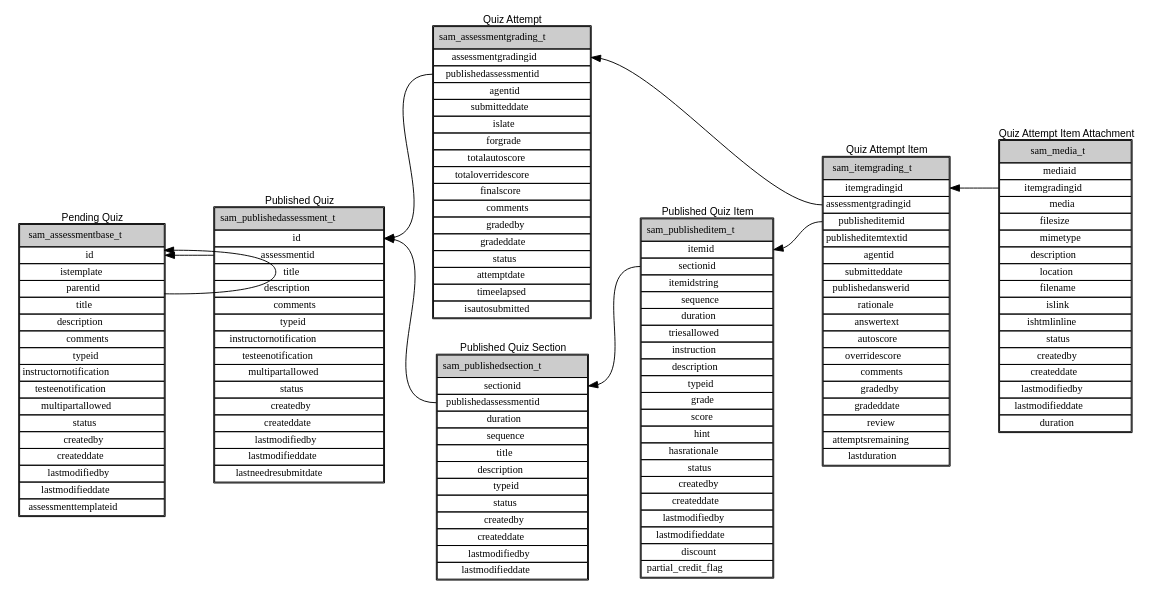
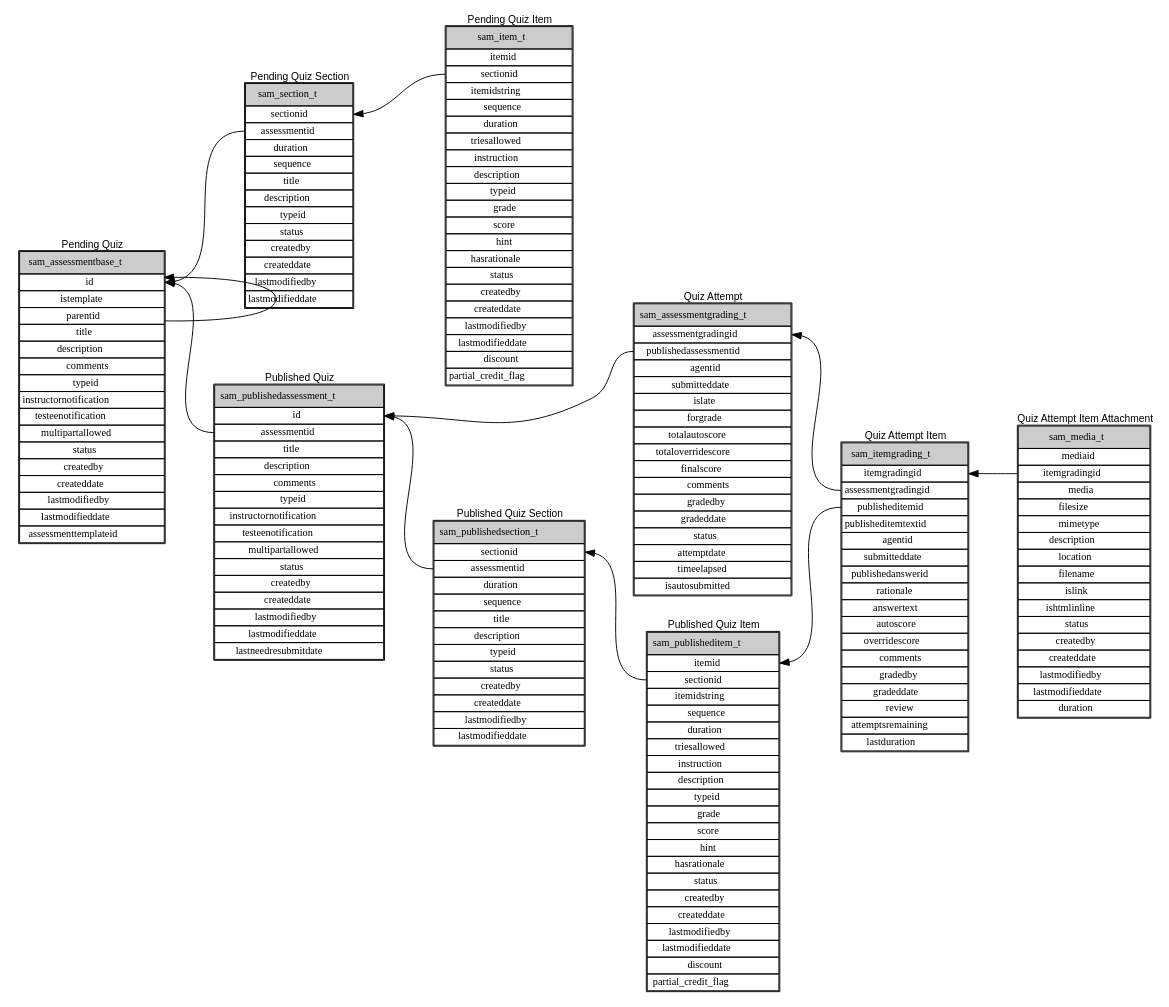
One commit to daveadams/sakai-info changed the diagram in doc/db/quiz.gv. Above: the diagram before and after it, drawn with Graphviz.

Commit message:
quiz.gv: added pending item and section tables

```diff
--- a/doc/db/quiz.gv
+++ b/doc/db/quiz.gv
@@ -1,48 +1,73 @@
+# quiz.gv
+#   sam_* table relationships
+#
+# Created 2012-02-29 daveadams@gmail.com
+# Last updated 2012-02-29 daveadams@gmail.com
+#
+# https://github.com/daveadams/sakai-info
+#
+# This software is public domain.
+#
+
+# TODO: add sam_authzdata_t to complete map of tables used by quiz.rb
+
+# TODO: autogenerate graphviz language from a simpler description file
+
 digraph sam {
   graph [
     rankdir = "RL"
   ];
 
   node [
     shape = plaintext
     fontname = mono
     fontsize = 11
   ];
 
   "sam_assessmentbase_t" [
     label = <<table cellpadding="0" cellspacing="0" border="0"><tr><td><font face="Arial">Pending Quiz</font></td></tr><tr><td><table cellspacing="0"><tr><td bgcolor="gray80" cellpadding="5">sam_assessmentbase_t</td></tr><tr><td port="pk">id</td></tr><tr><td>istemplate</td></tr><tr><td port="parentid">parentid</td></tr><tr><td>title</td></tr><tr><td>description</td></tr><tr><td>comments</td></tr><tr><td>typeid</td></tr><tr><td>instructornotification</td></tr><tr><td>testeenotification</td></tr><tr><td>multipartallowed</td></tr><tr><td>status</td></tr><tr><td port="createdby">createdby</td></tr><tr><td>createddate</td></tr><tr><td port="lastmodifiedby">lastmodifiedby</td></tr><tr><td>lastmodifieddate</td></tr><tr><td>assessmenttemplateid</td></tr></table></td></tr></table>>
   ]
 
+  "sam_section_t" [
+    label = <<table cellpadding="0" cellspacing="0" border="0"><tr><td><font face="Arial">Pending Quiz Section</font></td></tr><tr><td><table cellspacing="0"><tr><td bgcolor="gray80" cellpadding="5">sam_section_t</td></tr><tr><td port="pk">sectionid</td></tr><tr><td port="assessmentid">assessmentid</td></tr><tr><td>duration</td></tr><tr><td>sequence</td></tr><tr><td>title</td></tr><tr><td>description</td></tr><tr><td>typeid</td></tr><tr><td>status</td></tr><tr><td port="createdby">createdby</td></tr><tr><td>createddate</td></tr><tr><td port="lastmodifiedby">lastmodifiedby</td></tr><tr><td>lastmodifieddate</td></tr></table></td></tr></table>>
+  ]
+
+  "sam_item_t" [
+    label = <<table cellpadding="0" cellspacing="0" border="0"><tr><td><font face="Arial">Pending Quiz Item</font></td></tr><tr><td><table cellspacing="0"><tr><td bgcolor="gray80" cellpadding="5">sam_item_t</td></tr><tr><td port="pk">itemid</td></tr><tr><td port="sectionid">sectionid</td></tr><tr><td>itemidstring</td></tr><tr><td>sequence</td></tr><tr><td>duration</td></tr><tr><td>triesallowed</td></tr><tr><td>instruction</td></tr><tr><td>description</td></tr><tr><td>typeid</td></tr><tr><td>grade</td></tr><tr><td>score</td></tr><tr><td>hint</td></tr><tr><td>hasrationale</td></tr><tr><td>status</td></tr><tr><td port="createdby">createdby</td></tr><tr><td>createddate</td></tr><tr><td port="lastmodifiedby">lastmodifiedby</td></tr><tr><td>lastmodifieddate</td></tr><tr><td>discount</td></tr><tr><td>partial_credit_flag</td></tr></table></td></tr></table>>
+  ]
+
   "sam_publishedassessment_t" [
     label = <<table cellpadding="0" cellspacing="0" border="0"><tr><td><font face="Arial">Published Quiz</font></td></tr><tr><td><table cellspacing="0"><tr><td bgcolor="gray80" cellpadding="5">sam_publishedassessment_t</td></tr><tr><td port="pk">id</td></tr><tr><td port="assessmentid">assessmentid</td></tr><tr><td>title</td></tr><tr><td>description</td></tr><tr><td>comments</td></tr><tr><td>typeid</td></tr><tr><td>instructornotification</td></tr><tr><td>testeenotification</td></tr><tr><td>multipartallowed</td></tr><tr><td>status</td></tr><tr><td port="createdby">createdby</td></tr><tr><td>createddate</td></tr><tr><td port="lastmodifiedby">lastmodifiedby</td></tr><tr><td>lastmodifieddate</td></tr><tr><td>lastneedresubmitdate</td></tr></table></td></tr></table>>
   ]
 
   "sam_publishedsection_t" [
-    label = <<table cellpadding="0" cellspacing="0" border="0"><tr><td><font face="Arial">Published Quiz Section</font></td></tr><tr><td><table cellspacing="0"><tr><td bgcolor="gray80" cellpadding="5">sam_publishedsection_t</td></tr><tr><td port="pk">sectionid</td></tr><tr><td port="publishedassessmentid">publishedassessmentid</td></tr><tr><td>duration</td></tr><tr><td>sequence</td></tr><tr><td>title</td></tr><tr><td>description</td></tr><tr><td>typeid</td></tr><tr><td>status</td></tr><tr><td port="createdby">createdby</td></tr><tr><td>createddate</td></tr><tr><td port="lastmodifiedby">lastmodifiedby</td></tr><tr><td>lastmodifieddate</td></tr></table></td></tr></table>>
+    label = <<table cellpadding="0" cellspacing="0" border="0"><tr><td><font face="Arial">Published Quiz Section</font></td></tr><tr><td><table cellspacing="0"><tr><td bgcolor="gray80" cellpadding="5">sam_publishedsection_t</td></tr><tr><td port="pk">sectionid</td></tr><tr><td port="assessmentid">assessmentid</td></tr><tr><td>duration</td></tr><tr><td>sequence</td></tr><tr><td>title</td></tr><tr><td>description</td></tr><tr><td>typeid</td></tr><tr><td>status</td></tr><tr><td port="createdby">createdby</td></tr><tr><td>createddate</td></tr><tr><td port="lastmodifiedby">lastmodifiedby</td></tr><tr><td>lastmodifieddate</td></tr></table></td></tr></table>>
   ]
 
   "sam_publisheditem_t" [
     label = <<table cellpadding="0" cellspacing="0" border="0"><tr><td><font face="Arial">Published Quiz Item</font></td></tr><tr><td><table cellspacing="0"><tr><td bgcolor="gray80" cellpadding="5">sam_publisheditem_t</td></tr><tr><td port="pk">itemid</td></tr><tr><td port="sectionid">sectionid</td></tr><tr><td>itemidstring</td></tr><tr><td>sequence</td></tr><tr><td>duration</td></tr><tr><td>triesallowed</td></tr><tr><td>instruction</td></tr><tr><td>description</td></tr><tr><td>typeid</td></tr><tr><td>grade</td></tr><tr><td>score</td></tr><tr><td>hint</td></tr><tr><td>hasrationale</td></tr><tr><td>status</td></tr><tr><td port="createdby">createdby</td></tr><tr><td>createddate</td></tr><tr><td port="lastmodifiedby">lastmodifiedby</td></tr><tr><td>lastmodifieddate</td></tr><tr><td>discount</td></tr><tr><td>partial_credit_flag</td></tr></table></td></tr></table>>
   ]
 
   "sam_assessmentgrading_t" [
     label = <<table cellpadding="0" cellspacing="0" border="0"><tr><td><font face="Arial">Quiz Attempt</font></td></tr><tr><td><table cellspacing="0"><tr><td bgcolor="gray80" cellpadding="5">sam_assessmentgrading_t</td></tr><tr><td port="pk">assessmentgradingid</td></tr><tr><td port="publishedassessmentid">publishedassessmentid</td></tr><tr><td port="agentid">agentid</td></tr><tr><td>submitteddate</td></tr><tr><td>islate</td></tr><tr><td>forgrade</td></tr><tr><td>totalautoscore</td></tr><tr><td>totaloverridescore</td></tr><tr><td>finalscore</td></tr><tr><td>comments</td></tr><tr><td port="gradedby">gradedby</td></tr><tr><td>gradeddate</td></tr><tr><td>status</td></tr><tr><td>attemptdate</td></tr><tr><td>timeelapsed</td></tr><tr><td>isautosubmitted</td></tr></table></td></tr></table>>
   ]
 
   "sam_itemgrading_t" [
     label = <<table cellpadding="0" cellspacing="0" border="0"><tr><td><font face="Arial">Quiz Attempt Item</font></td></tr><tr><td><table cellspacing="0"><tr><td bgcolor="gray80" cellpadding="5">sam_itemgrading_t</td></tr><tr><td port="pk">itemgradingid</td></tr><tr><td port="assessmentgradingid">assessmentgradingid</td></tr><tr><td port="publisheditemid">publisheditemid</td></tr><tr><td port="publisheditemtextid">publisheditemtextid</td></tr><tr><td port="agentid">agentid</td></tr><tr><td>submitteddate</td></tr><tr><td port="publishedanswerid">publishedanswerid</td></tr><tr><td>rationale</td></tr><tr><td>answertext</td></tr><tr><td>autoscore</td></tr><tr><td>overridescore</td></tr><tr><td>comments</td></tr><tr><td port="gradedby">gradedby</td></tr><tr><td>gradeddate</td></tr><tr><td>review</td></tr><tr><td>attemptsremaining</td></tr><tr><td>lastduration</td></tr></table></td></tr></table>>
   ]
 
   "sam_media_t" [
     label = <<table cellpadding="0" cellspacing="0" border="0"><tr><td><font face="Arial">Quiz Attempt Item Attachment</font></td></tr><tr><td><table cellspacing="0"><tr><td bgcolor="gray80" cellpadding="5">sam_media_t</td></tr><tr><td port="pk">mediaid</td></tr><tr><td port="itemgradingid">itemgradingid</td></tr><tr><td>media</td></tr><tr><td>filesize</td></tr><tr><td>mimetype</td></tr><tr><td>description</td></tr><tr><td>location</td></tr><tr><td>filename</td></tr><tr><td>islink</td></tr><tr><td>ishtmlinline</td></tr><tr><td>status</td></tr><tr><td port="createdby">createdby</td></tr><tr><td>createddate</td></tr><tr><td port="lastmodifiedby">lastmodifiedby</td></tr><tr><td>lastmodifieddate</td></tr><tr><td>duration</td></tr></table></td></tr></table>>
   ]
 
   sam_assessmentbase_t:parentid -> sam_assessmentbase_t:pk;
+  sam_section_t:assessmentid -> sam_assessmentbase_t:pk;
+  sam_item_t:sectionid -> sam_section_t:pk;
   sam_publishedassessment_t:assessmentid -> sam_assessmentbase_t:pk;
-  sam_publishedsection_t:publishedassessmentid -> sam_publishedassessment_t:pk;
+  sam_publishedsection_t:assessmentid -> sam_publishedassessment_t:pk;
   sam_publisheditem_t:sectionid -> sam_publishedsection_t:pk;
   sam_assessmentgrading_t:publishedassessmentid -> sam_publishedassessment_t:pk;
   sam_itemgrading_t:assessmentgradingid -> sam_assessmentgrading_t:pk;
   sam_itemgrading_t:publisheditemid -> sam_publisheditem_t:pk;
   sam_media_t:itemgradingid -> sam_itemgrading_t:pk;
 }
```
